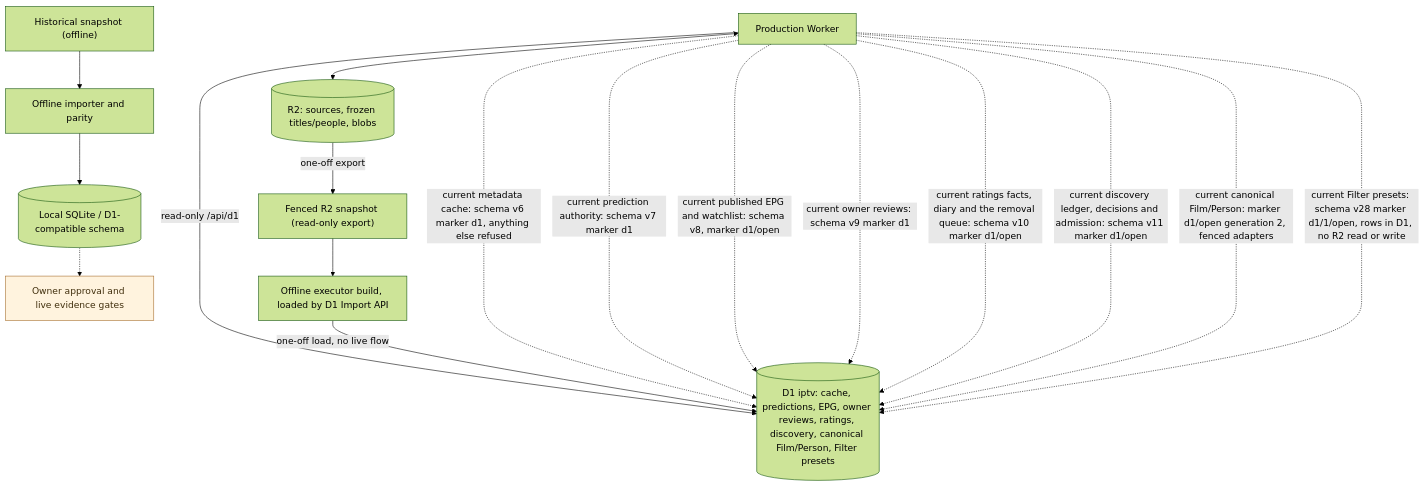
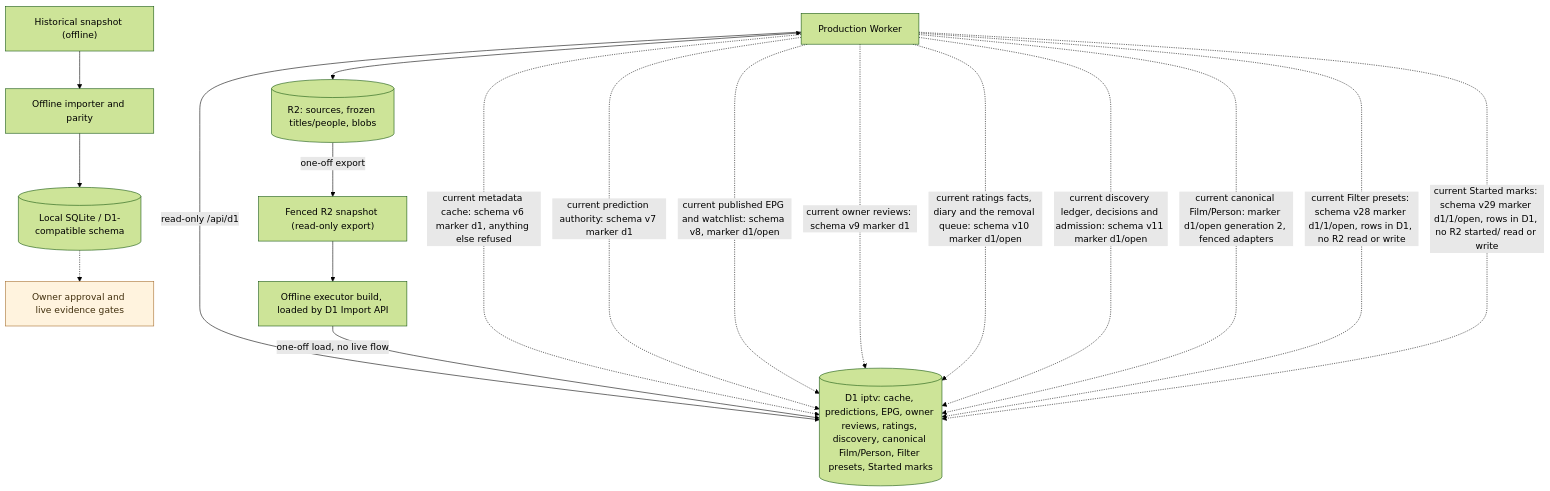
The diagram in docs/architecture/persistence-and-migration.md (vladimino/iptv-watchlist), drawn with Mermaid (forest theme) before and after one commit. The commit also changed other lines of this file and 7 other files, not shown here.

First line of the commit message:
docs(d1): record AIR-549 stage 2 Started marks production cutover

````diff
--- a/docs/architecture/persistence-and-migration.md
+++ b/docs/architecture/persistence-and-migration.md
@@ -7,27 +7,28 @@
 ```mermaid
 flowchart TD
     worker["Production Worker"]
     r2[("R2: sources, frozen titles/people, blobs")]
     archive["Historical snapshot (offline)"]
     importer["Offline importer and parity"]
     local[("Local SQLite / D1-compatible schema")]
     gate["Owner approval and live evidence gates"]
     snapshot["Fenced R2 snapshot (read-only export)"]
     reload["Offline executor build, loaded by D1 Import API"]
-    d1[("D1 iptv: cache, predictions, EPG, owner reviews, ratings, discovery, canonical Film/Person, Filter presets")]
+    d1[("D1 iptv: cache, predictions, EPG, owner reviews, ratings, discovery, canonical Film/Person, Filter presets, Started marks")]
     worker <--> r2
     worker -->|read-only /api/d1| d1
     archive --> importer --> local
     local -.-> gate
     r2 -->|one-off export| snapshot --> reload -->|one-off load, no live flow| d1
     worker -.->|current metadata cache: schema v6 marker d1, anything else refused| d1
     worker -.->|current prediction authority: schema v7 marker d1| d1
     worker -.->|current published EPG and watchlist: schema v8, marker d1/open| d1
     worker -.->|current owner reviews: schema v9 marker d1| d1
     worker -.->|current ratings facts, diary and the removal queue: schema v10 marker d1/open| d1
     worker -.->|current discovery ledger, decisions and admission: schema v11 marker d1/open| d1
     worker -.->|current canonical Film/Person: marker d1/open generation 2, fenced adapters| d1
     worker -.->|current Filter presets: schema v28 marker d1/1/open, rows in D1, no R2 read or write| d1
+    worker -.->|current Started marks: schema v29 marker d1/1/open, rows in D1, no R2 started/ read or write| d1
     classDef future fill:#fff3de,stroke:#a56c2b,color:#42300e
     class gate future
 ```
````
